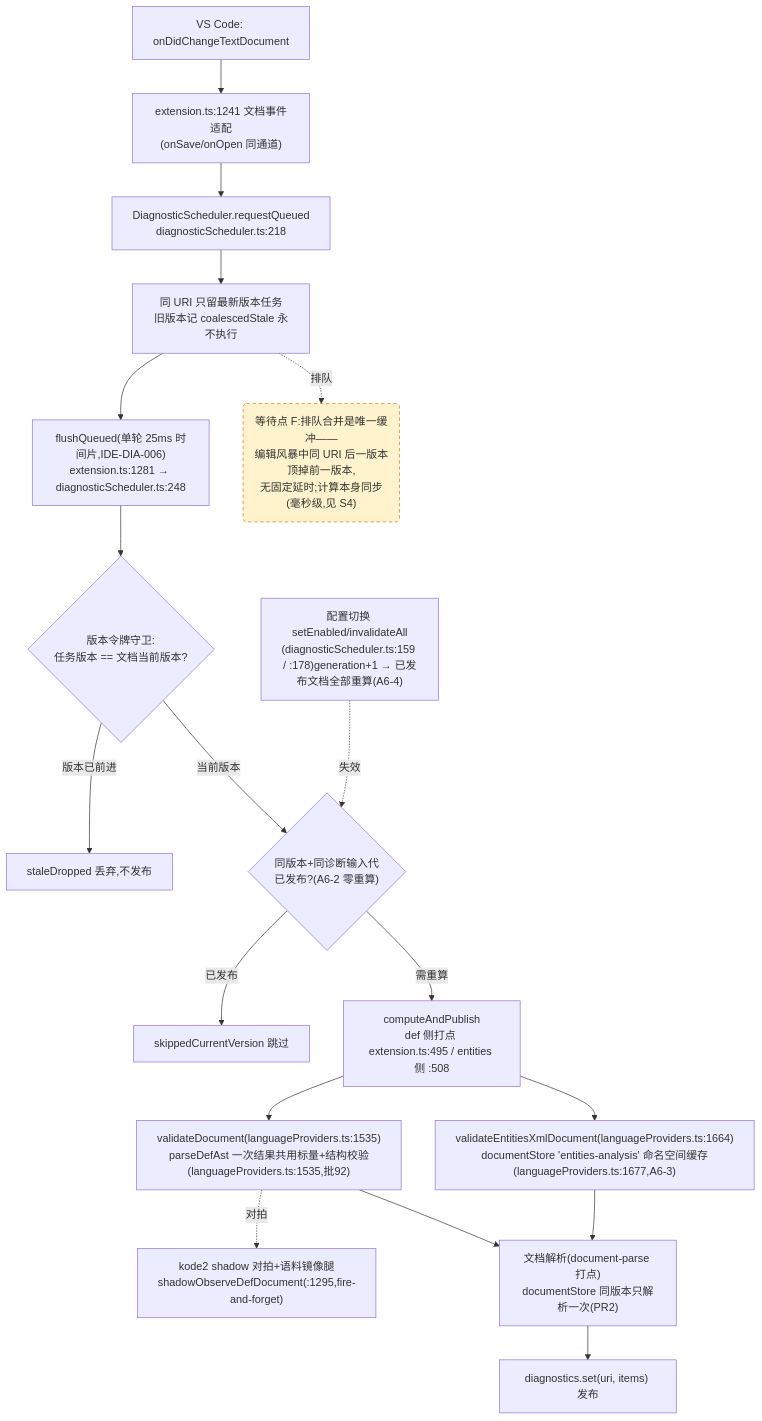
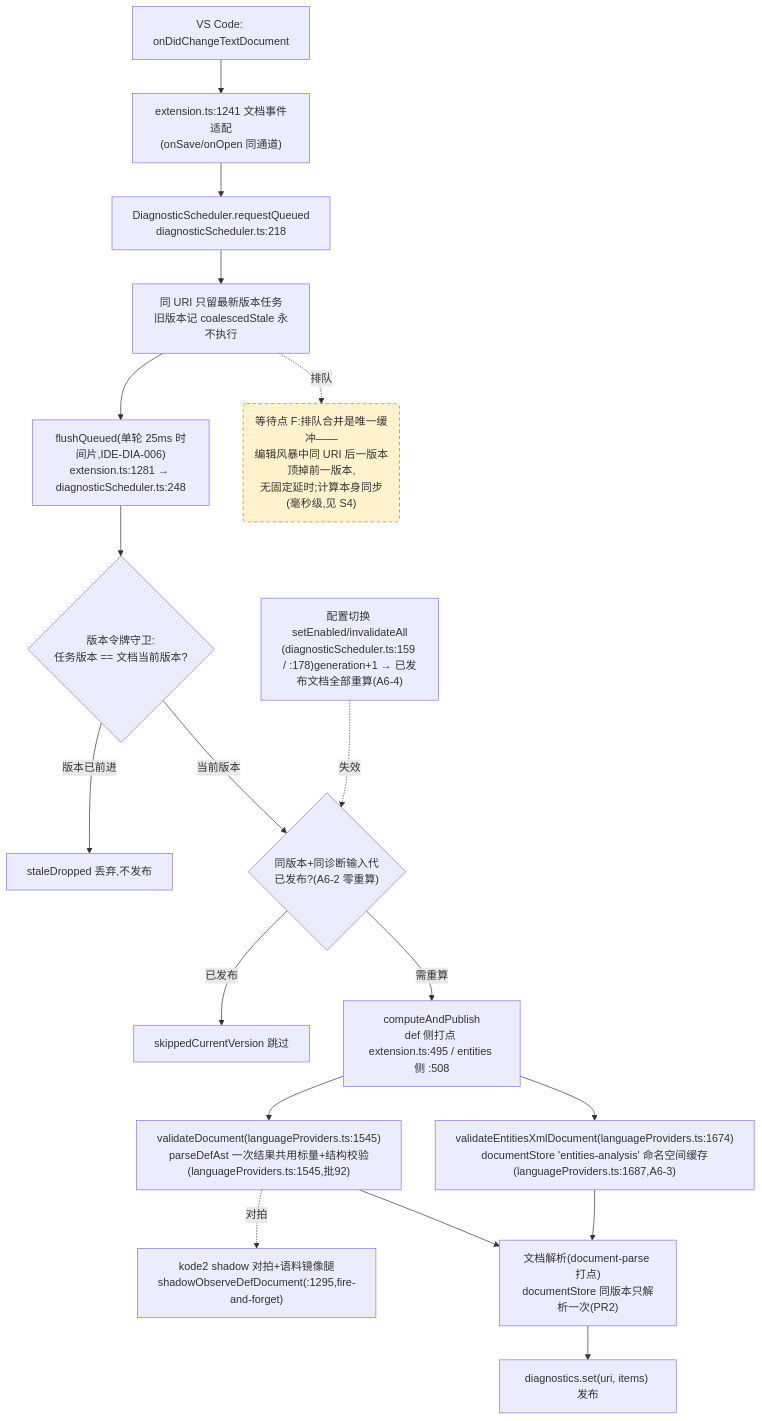
The fourth of 4 diagrams in docs/perf/2026-baseline.md (cuihairu/kode), drawn with Mermaid before and after one commit. The commit also changed other lines of this file and 3 other files, not shown here.

````diff
--- a/docs/perf/2026-baseline.md
+++ b/docs/perf/2026-baseline.md
@@ -214,38 +214,38 @@
 ```mermaid
 flowchart TD
   CHG["VS Code: onDidChangeTextDocument"]
   WATCH["extension.ts:1241 文档事件适配<br/>(onSave/onOpen 同通道)"]
   RQ["DiagnosticScheduler.requestQueued<br/>diagnosticScheduler.ts:218"]
   CO["同 URI 只留最新版本任务<br/>旧版本记 coalescedStale 永不执行"]
   FL["flushQueued(单轮 25ms 时间片,IDE-DIA-006)<br/>extension.ts:1281 → diagnosticScheduler.ts:248"]
   VG{"版本令牌守卫:<br/>任务版本 == 文档当前版本?"}
   DROP["staleDropped 丢弃,不发布"]
   GEN{"同版本+同诊断输入代<br/>已发布?(A6-2 零重算)"}
   SKIP["skippedCurrentVersion 跳过"]
   CALC["computeAndPublish<br/>def 侧打点 extension.ts:495 / entities 侧 :508"]
-  VD["validateDocument(languageProviders.ts:1535)<br/>parseDefAst 一次结果共用标量+结构校验(languageProviders.ts:1535,批92)"]
-  VEX["validateEntitiesXmlDocument(languageProviders.ts:1664)<br/>documentStore 'entities-analysis' 命名空间缓存(languageProviders.ts:1677,A6-3)"]
+  VD["validateDocument(languageProviders.ts:1545)<br/>parseDefAst 一次结果共用标量+结构校验(languageProviders.ts:1545,批92)"]
+  VEX["validateEntitiesXmlDocument(languageProviders.ts:1674)<br/>documentStore 'entities-analysis' 命名空间缓存(languageProviders.ts:1687,A6-3)"]
   SHDD["kode2 shadow 对拍+语料镜像腿<br/>shadowObserveDefDocument(:1295,fire-and-forget)"]
   DS["文档解析(document-parse 打点)<br/>documentStore 同版本只解析一次(PR2)"]
   PUB["diagnostics.set(uri, items) 发布"]
   CFG2["配置切换 setEnabled/invalidateAll<br/>(diagnosticScheduler.ts:159 / :178)generation+1 → 已发布文档全部重算(A6-4)"]
 
   CHG --> WATCH --> RQ --> CO --> FL --> VG
   VG -- "版本已前进" --> DROP
   VG -- "当前版本" --> GEN
   GEN -- "已发布" --> SKIP
   GEN -- "需重算" --> CALC
   CALC --> VD
   CALC --> VEX
   VD --> DS
   VEX --> DS
   DS --> PUB
   VD -.->|对拍| SHDD
   CFG2 -.->|失效| GEN
 
   WAITF("等待点 F:排队合并是唯一缓冲——<br/>编辑风暴中同 URI 后一版本顶掉前一版本,<br/>无固定延时;计算本身同步(毫秒级,见 S4)")
   CO -.->|排队| WAITF
 
   classDef waitPoint fill:#fff3cd,stroke:#d97706,stroke-dasharray:5 4;
   class WAITF waitPoint;
 ```
````
